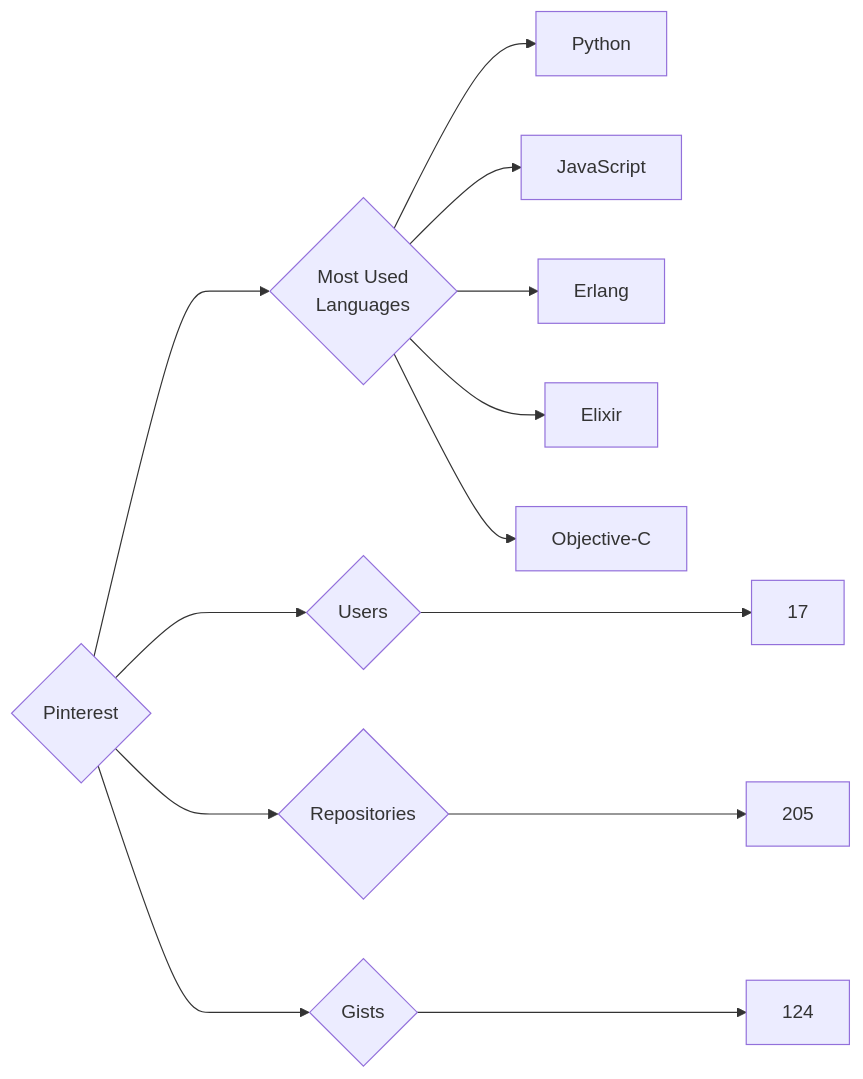
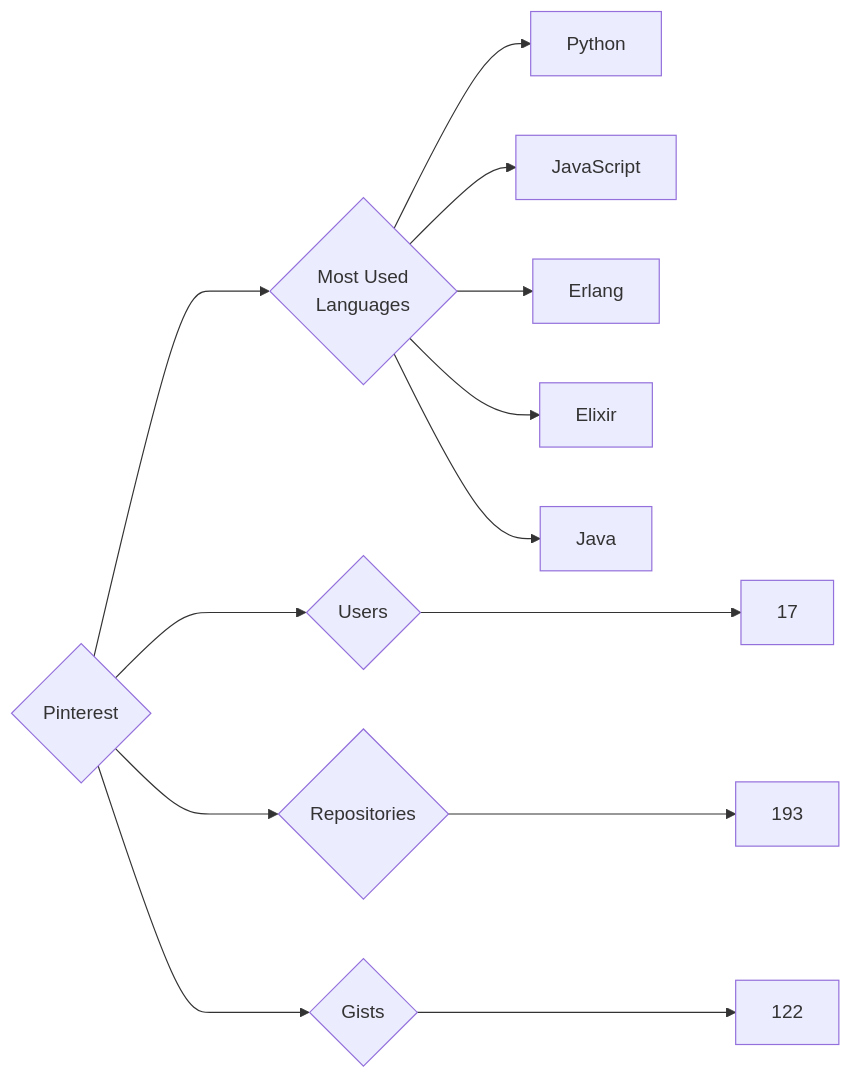
The diagram in targets/Pinterest/README.md (trickest/insiders), drawn with Mermaid before and after one commit. The commit also changed 953 other files, not shown here.

````diff
--- a/targets/Pinterest/README.md
+++ b/targets/Pinterest/README.md
@@ -3,13 +3,13 @@
 ```mermaid
 graph LR
 COMPANY_NAME{Pinterest}
 COMPANY_NAME ---> U{Users} ---> UN[17]
-COMPANY_NAME ---> R{Repositories} ---> RN[205]
-COMPANY_NAME ---> G{Gists} ---> GN[124]
+COMPANY_NAME ---> R{Repositories} ---> RN[193]
+COMPANY_NAME ---> G{Gists} ---> GN[122]
 COMPANY_NAME ---> ML{Most Used<br>Languages}
 ML --> Python[Python]
 ML --> JavaScript[JavaScript]
 ML --> Erlang[Erlang]
 ML --> Elixir[Elixir]
-ML --> Objective-C[Objective-C]
+ML --> Java[Java]
 ```
````
